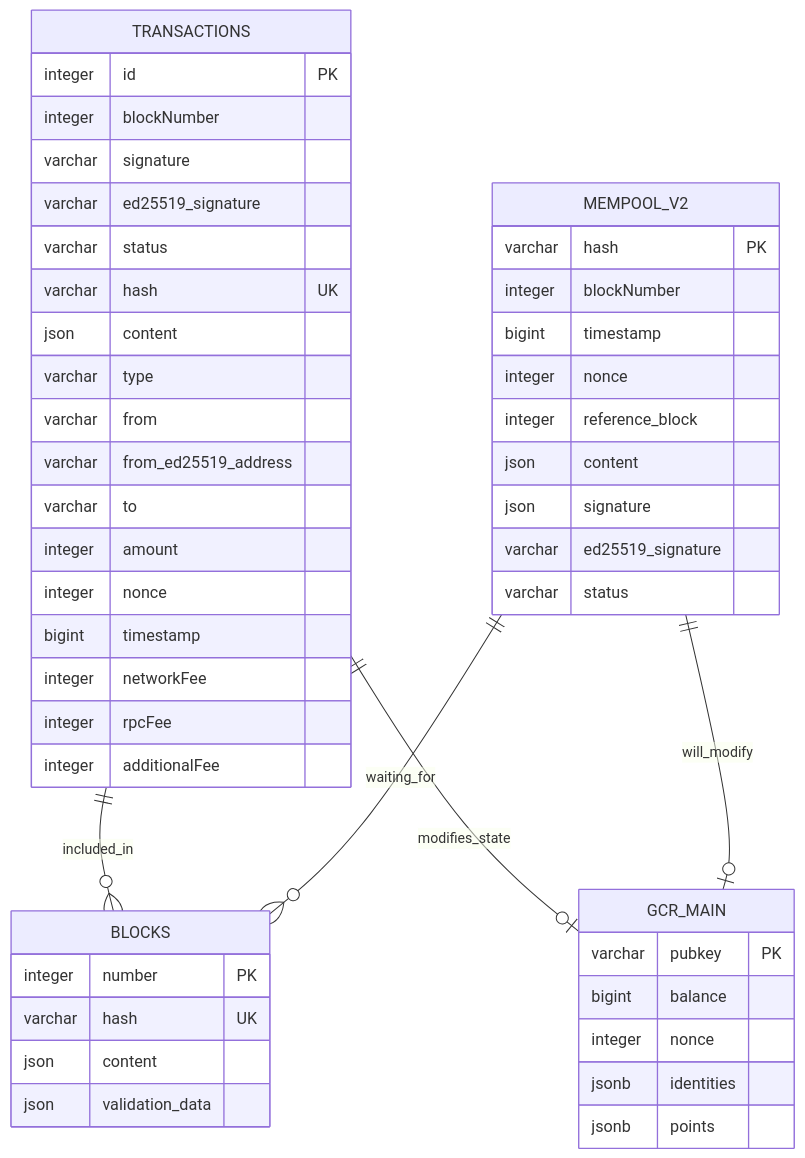
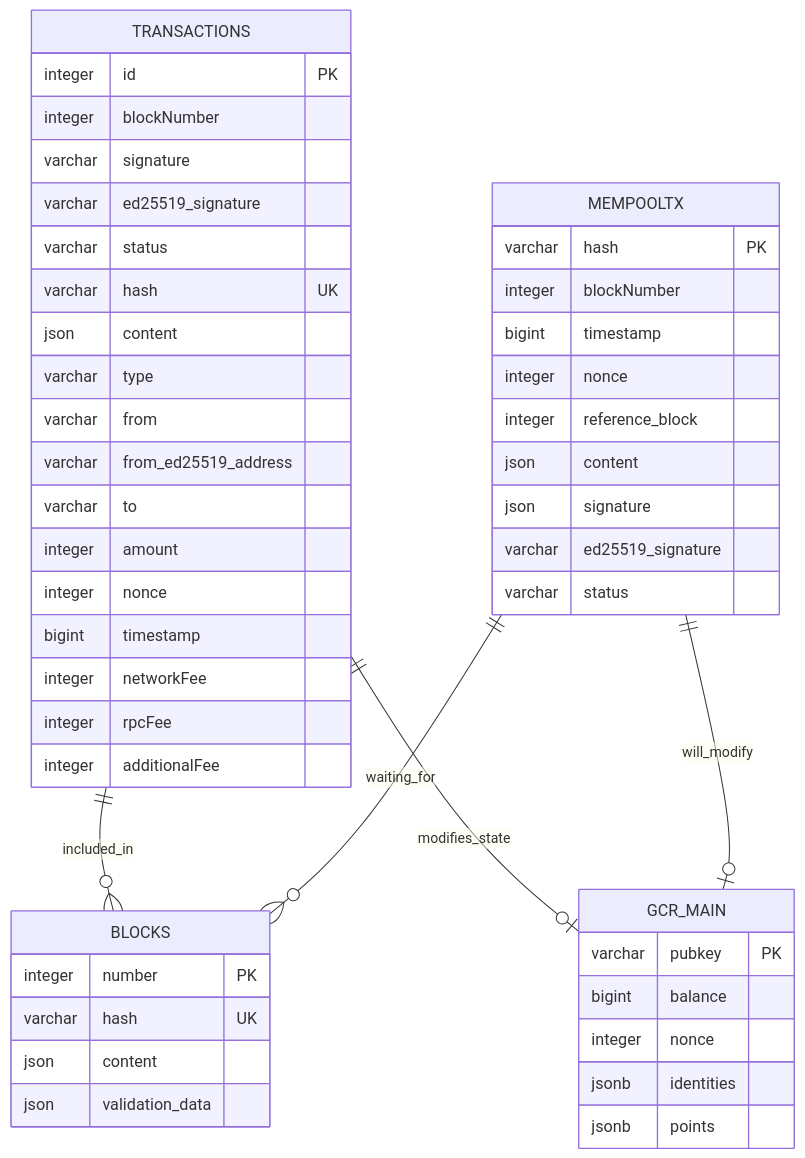
Before and after one commit to kynesyslabs/demos_network_technical_documentation: the ninth of 9 diagrams in transactions-mempool/TRANSACTIONS_MEMPOOL.md, drawn with Mermaid. The commit also changed other lines of this file and 8 other files, not shown here.

````diff
--- a/transactions-mempool/TRANSACTIONS_MEMPOOL.md
+++ b/transactions-mempool/TRANSACTIONS_MEMPOOL.md
@@ -671,54 +671,54 @@
 ```mermaid
 erDiagram
     TRANSACTIONS {
         integer id PK
         integer blockNumber
         varchar signature
         varchar ed25519_signature
         varchar status
         varchar hash UK
         json content
         varchar type
         varchar from
         varchar from_ed25519_address
         varchar to
         integer amount
         integer nonce
         bigint timestamp
         integer networkFee
         integer rpcFee
         integer additionalFee
     }
 
-    MEMPOOL_V2 {
+    MEMPOOLTX {
         varchar hash PK
         integer blockNumber
         bigint timestamp
         integer nonce
         integer reference_block
         json content
         json signature
         varchar ed25519_signature
         varchar status
     }
 
     BLOCKS {
         integer number PK
         varchar hash UK
         json content
         json validation_data
     }
 
     GCR_MAIN {
         varchar pubkey PK
         bigint balance
         integer nonce
         jsonb identities
         jsonb points
     }
 
     TRANSACTIONS ||--o{ BLOCKS : "included_in"
-    MEMPOOL_V2 ||--o{ BLOCKS : "waiting_for"
+    MEMPOOLTX ||--o{ BLOCKS : "waiting_for"
     TRANSACTIONS ||--o| GCR_MAIN : "modifies_state"
-    MEMPOOL_V2 ||--o| GCR_MAIN : "will_modify"
+    MEMPOOLTX ||--o| GCR_MAIN : "will_modify"
 ```
````
